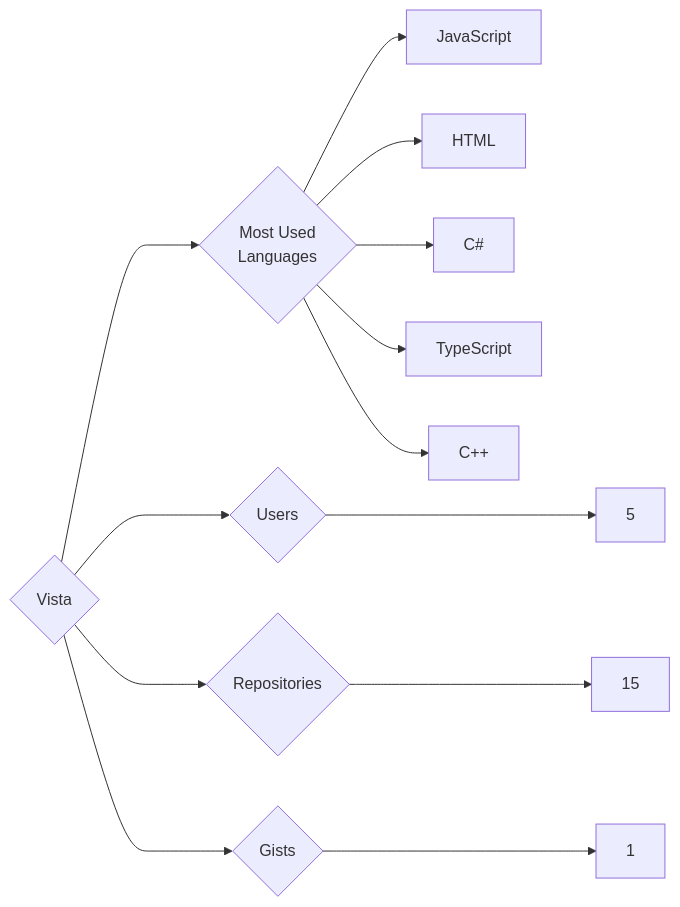
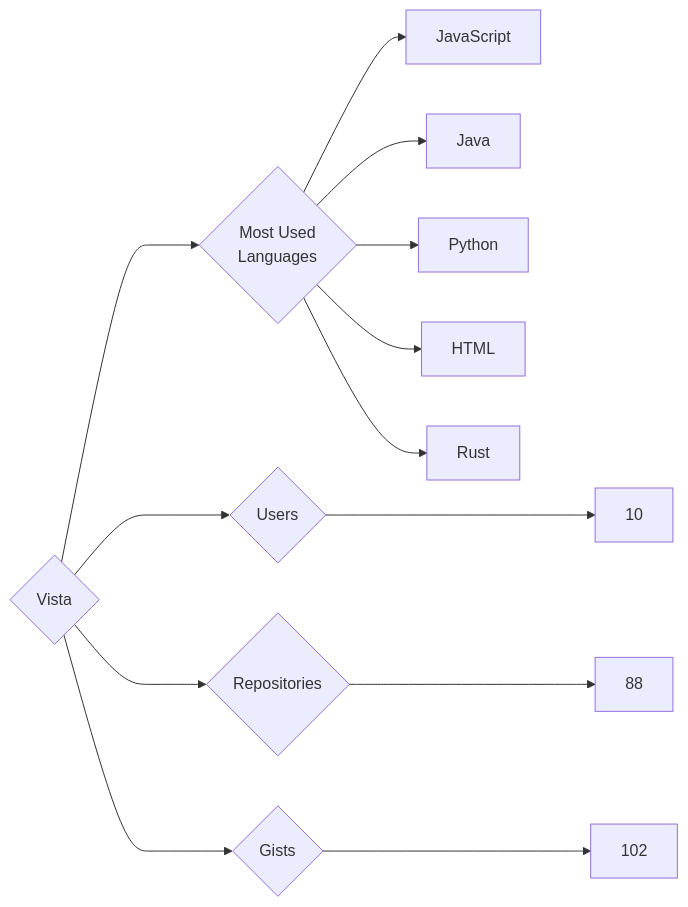
Before and after one commit to trickest/insiders: the diagram in targets/Vista/README.md, drawn with Mermaid. The commit also changed 582 other files, not shown here.

````diff
--- a/targets/Vista/README.md
+++ b/targets/Vista/README.md
@@ -3,13 +3,13 @@
 ```mermaid
 graph LR
 COMPANY_NAME{Vista}
-COMPANY_NAME ---> U{Users} ---> UN[5]
-COMPANY_NAME ---> R{Repositories} ---> RN[15]
-COMPANY_NAME ---> G{Gists} ---> GN[1]
+COMPANY_NAME ---> U{Users} ---> UN[10]
+COMPANY_NAME ---> R{Repositories} ---> RN[88]
+COMPANY_NAME ---> G{Gists} ---> GN[102]
 COMPANY_NAME ---> ML{Most Used<br>Languages}
 ML --> JavaScript[JavaScript]
+ML --> Java[Java]
+ML --> Python[Python]
 ML --> HTML[HTML]
-ML --> C#[C#]
-ML --> TypeScript[TypeScript]
-ML --> C++[C++]
+ML --> Rust[Rust]
 ```
````
